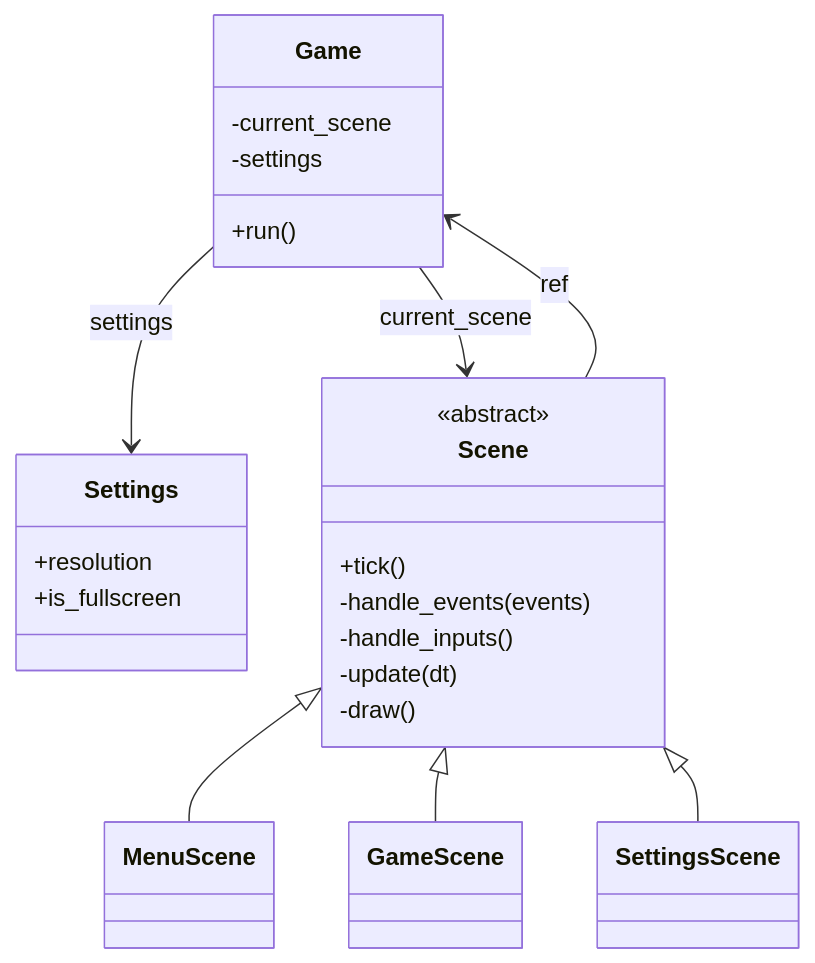
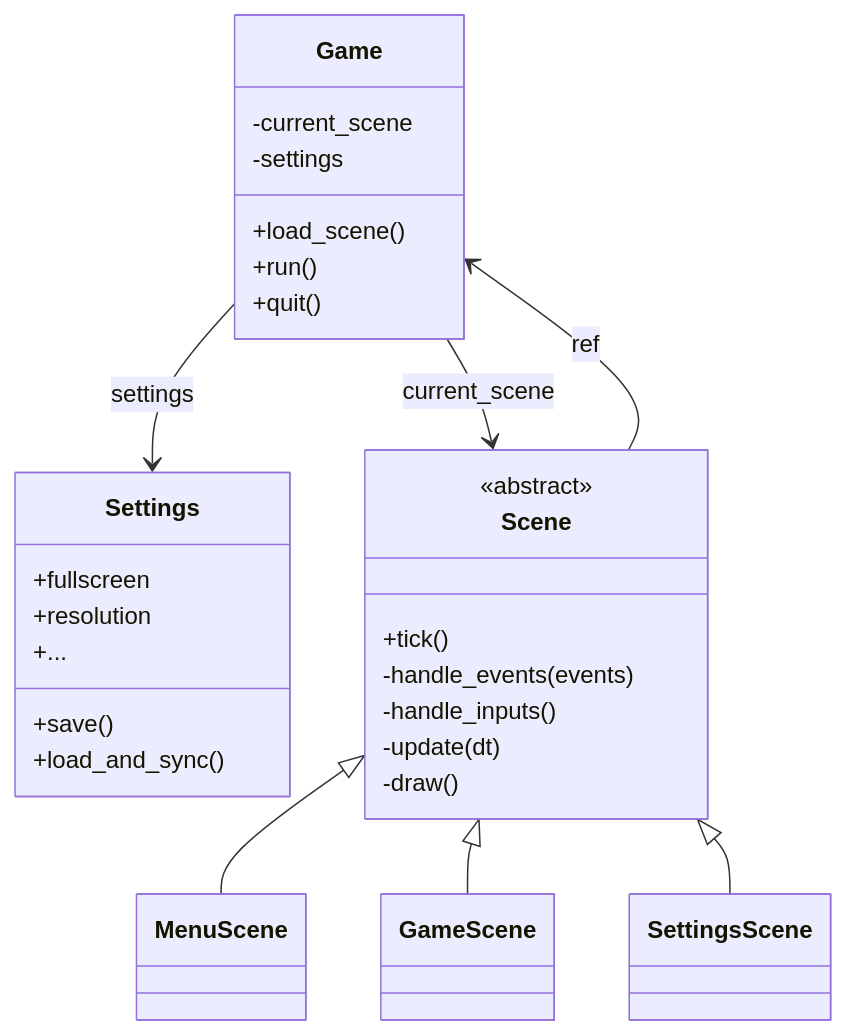
Before and after one commit to Andorryu/ArcadeCollection: the second of 2 diagrams in docs/architecture.md, drawn with Mermaid. The commit also changed 2 other files, not shown here.

Commit message:
doc update and small bug fixes

````diff
--- a/docs/architecture.md
+++ b/docs/architecture.md
@@ -22,41 +22,48 @@
 ```mermaid
 
 classDiagram
     class Game {
         -current_scene
         -settings
+
+        +load_scene()
         +run()
+        +quit()
     }
 
     class Settings {
+        +fullscreen
         +resolution
-        +is_fullscreen
+        +...
+
+        +save()
+        +load_and_sync()
     }
 
     class Scene {
         <<abstract>>
         +tick()
         -handle_events(events)
         -handle_inputs()
         -update(dt)
         -draw()
     }
     
     class MenuScene{
         
     }
     class GameScene{
 
     }
     class SettingsScene{
 
     }
 
     Game --> Scene : current_scene
     Scene --> Game : ref
     Scene <|-- MenuScene
     Scene <|-- GameScene
     Scene <|-- SettingsScene
     Game --> Settings : settings
 
 ```
````
